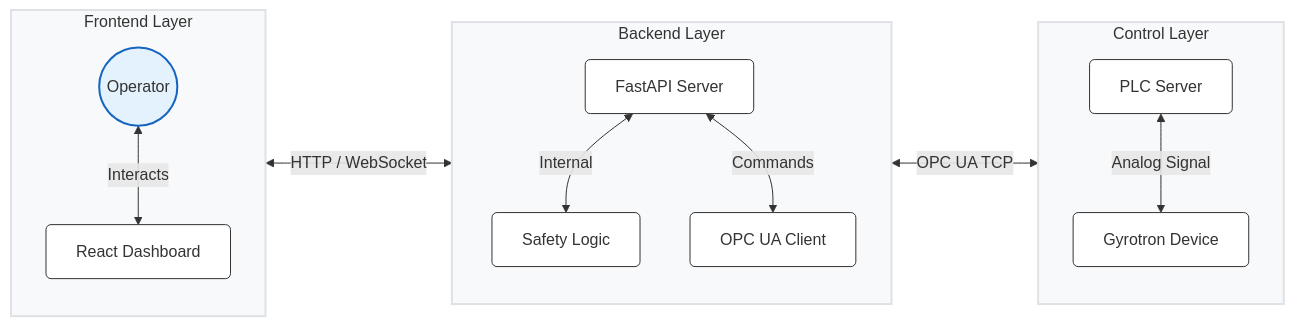
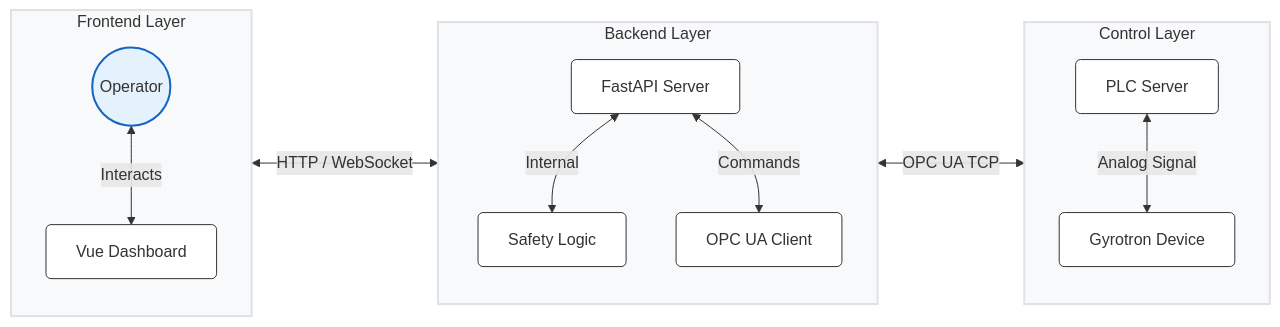
One commit to BigDedoo/Gyrotron_control changed the diagram in README.md. Above: the diagram before and after it, drawn with Mermaid. The commit also changed other lines of this file and 57 other files, not shown here.

Commit message:
Migrate frontend from React to Vue.js

````diff
--- a/README.md
+++ b/README.md
@@ -11,45 +11,45 @@
 ```mermaid
 graph LR
     %% User Interface Layer
     subgraph Frontend ["Frontend Layer"]
         direction TB
         Operator((Operator))
-        UI[React Dashboard]
+        UI[Vue Dashboard]
         
         Operator <-->|Interacts| UI
     end
 
     %% Application Layer
     subgraph Backend ["Backend Layer"]
         direction TB
         API[FastAPI Server]
         Safety[Safety Logic]
         OPC[OPC UA Client]
 
         API <-->|Internal| Safety
         API <-->|Commands| OPC
     end
 
     %% Hardware Control Layer
     subgraph Control ["Control Layer"]
         direction TB
         PLC[PLC Server]
         Gyrotron[Gyrotron Device]
         
         PLC <-->|Analog Signal| Gyrotron
     end
 
     %% Inter-layer Communication
     UI <-->|HTTP / WebSocket| API
     OPC <-->|OPC UA TCP| PLC
 
     %% Styling
     classDef box fill:#ffffff,stroke:#333,stroke-width:1px,rx:5,ry:5;
     class UI,API,Safety,OPC,PLC,Gyrotron box;
     classDef person fill:#e3f2fd,stroke:#1565c0,stroke-width:2px;
     class Operator person;
     
     style Frontend fill:#f8f9fa,stroke:#dee2e6,stroke-width:2px
     style Backend fill:#f8f9fa,stroke:#dee2e6,stroke-width:2px
     style Control fill:#f8f9fa,stroke:#dee2e6,stroke-width:2px
 ```
````
